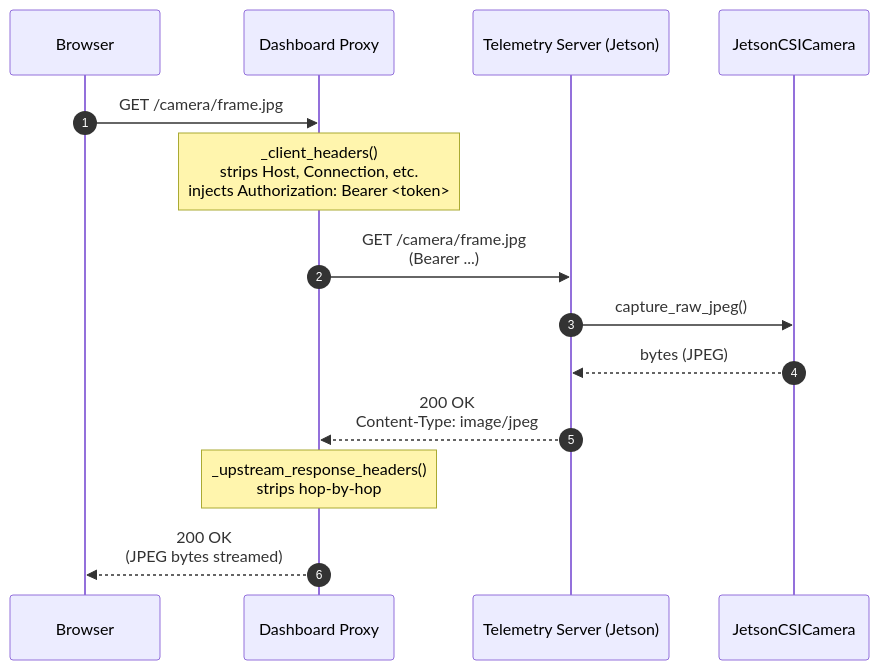
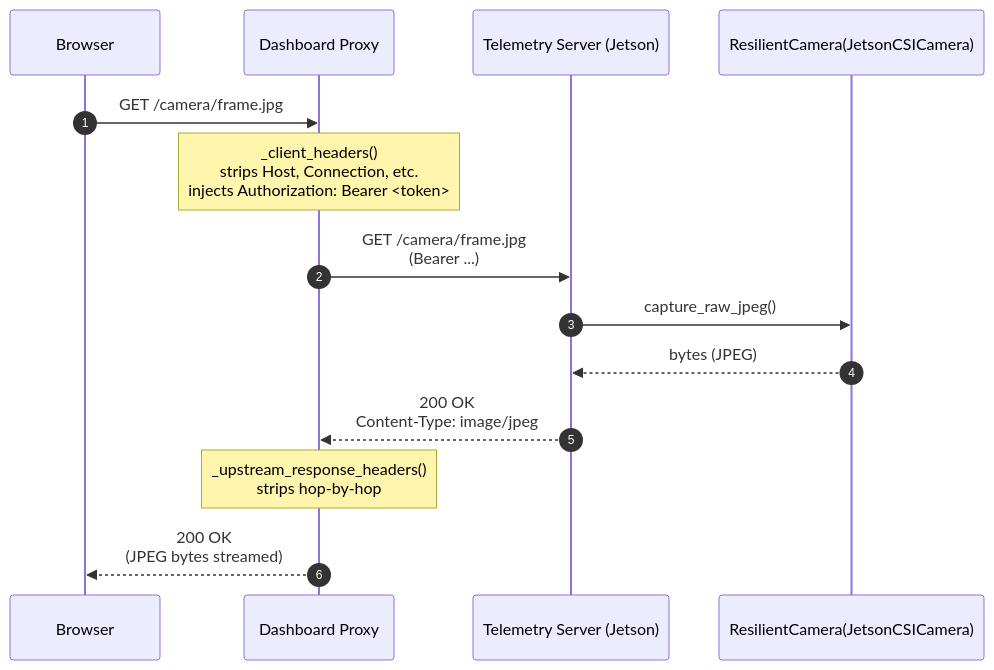
One commit to ianshank/Mouse-Droid-AGI changed the second of 3 diagrams in docs/architecture/c4-dashboard-proxy.md. Above: the diagram before and after it, drawn with Mermaid. The commit also changed 2 other files, not shown here.

````diff
--- a/docs/architecture/c4-dashboard-proxy.md
+++ b/docs/architecture/c4-dashboard-proxy.md
@@ -41,17 +41,17 @@
 ```mermaid
 sequenceDiagram
     autonumber
     participant Br as Browser
     participant Px as Dashboard Proxy
     participant Tx as Telemetry Server (Jetson)
-    participant Cam as JetsonCSICamera
+    participant Cam as ResilientCamera(JetsonCSICamera)
 
     Br->>Px: GET /camera/frame.jpg
     Note over Px: _client_headers()<br/>strips Host, Connection, etc.<br/>injects Authorization: Bearer <token>
     Px->>Tx: GET /camera/frame.jpg<br/>(Bearer ...)
     Tx->>Cam: capture_raw_jpeg()
     Cam-->>Tx: bytes (JPEG)
     Tx-->>Px: 200 OK<br/>Content-Type: image/jpeg
     Note over Px: _upstream_response_headers()<br/>strips hop-by-hop
     Px-->>Br: 200 OK<br/>(JPEG bytes streamed)
 ```
````
